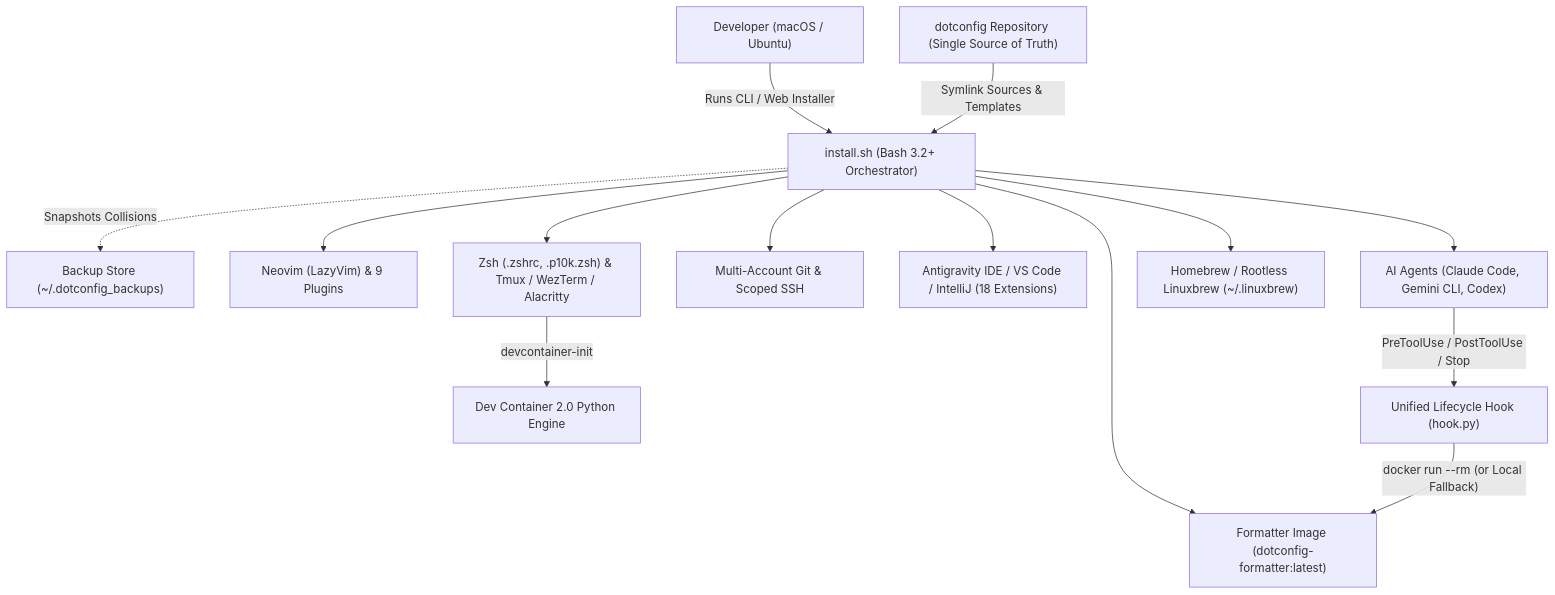
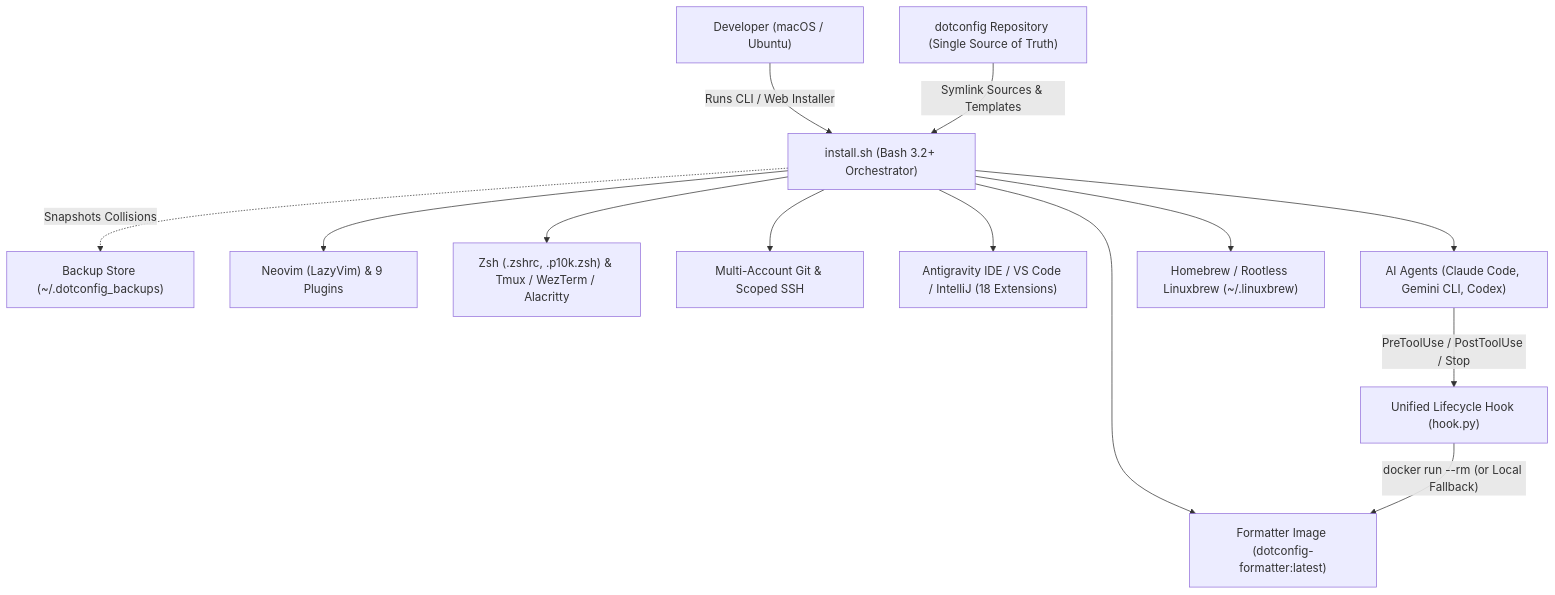
Before and after one commit to gdtknight/dotconfig: the first of 3 diagrams in docs/ARCHITECTURE.md, drawn with Mermaid. The commit also changed other lines of this file and 22 other files, not shown here.

First line of the commit message:
[#1] refactor: Remove Dev Container generator

````diff
--- a/docs/ARCHITECTURE.md
+++ b/docs/ARCHITECTURE.md
@@ -13,23 +13,22 @@
 ```mermaid
 flowchart TD
     Dev["Developer (macOS / Ubuntu)"]
     Repo["dotconfig Repository (Single Source of Truth)"]
     Inst["install.sh (Bash 3.2+ Orchestrator)"]
     Backup["Backup Store (~/.dotconfig_backups)"]
 
     Dev -->|"Runs CLI / Web Installer"| Inst
     Repo -->|"Symlink Sources & Templates"| Inst
     Inst -. "Snapshots Collisions" .-> Backup
 
     Inst --> Nvim["Neovim (LazyVim) & 9 Plugins"]
     Inst --> Zsh["Zsh (.zshrc, .p10k.zsh) & Tmux / WezTerm / Alacritty"]
     Inst --> Git["Multi-Account Git & Scoped SSH"]
     Inst --> Ide["Antigravity IDE / VS Code / IntelliJ (18 Extensions)"]
     Inst --> Agents["AI Agents (Claude Code, Gemini CLI, Codex)"]
     Inst --> Pkg["Homebrew / Rootless Linuxbrew (~/.linuxbrew)"]
     Inst --> FmtDocker["Formatter Image (dotconfig-formatter:latest)"]
 
-    Zsh -->|"devcontainer-init"| DevGen["Dev Container 2.0 Python Engine"]
     Agents -->|"PreToolUse / PostToolUse / Stop"| Hook["Unified Lifecycle Hook (hook.py)"]
     Hook -->|"docker run --rm (or Local Fallback)"| FmtDocker
 ```
````
